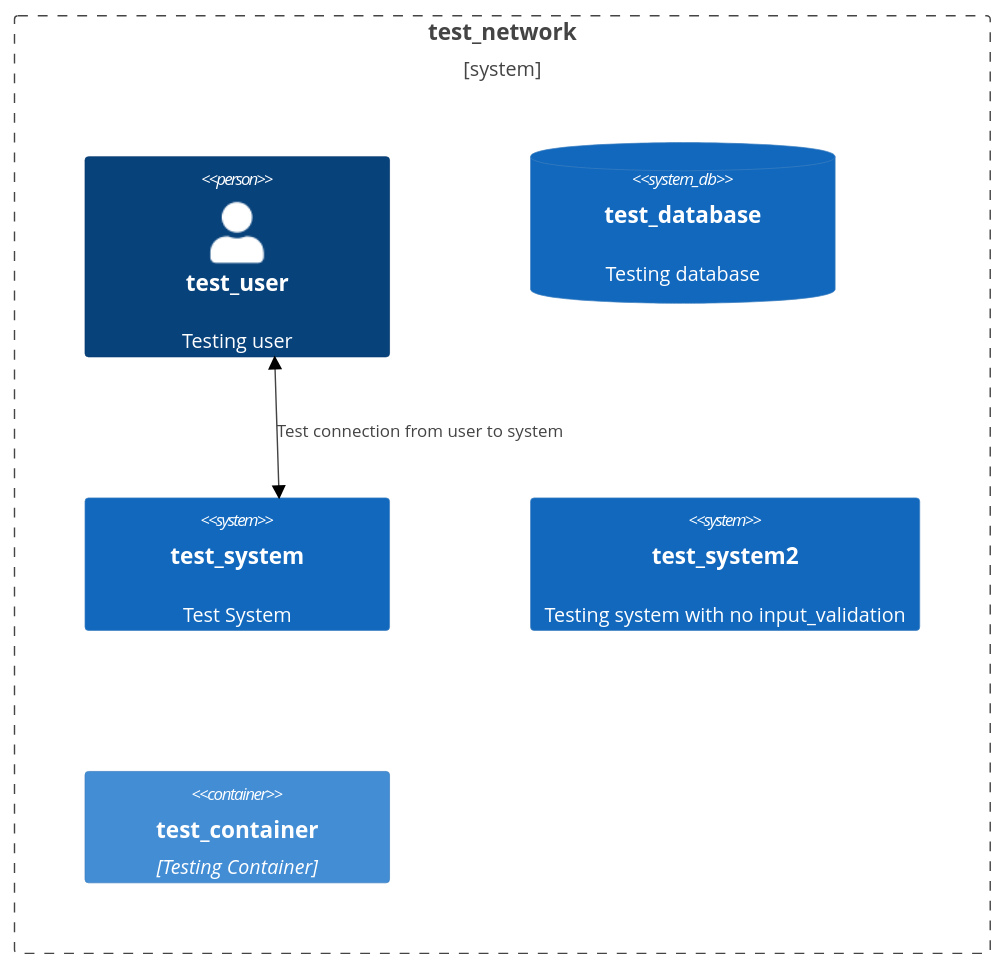
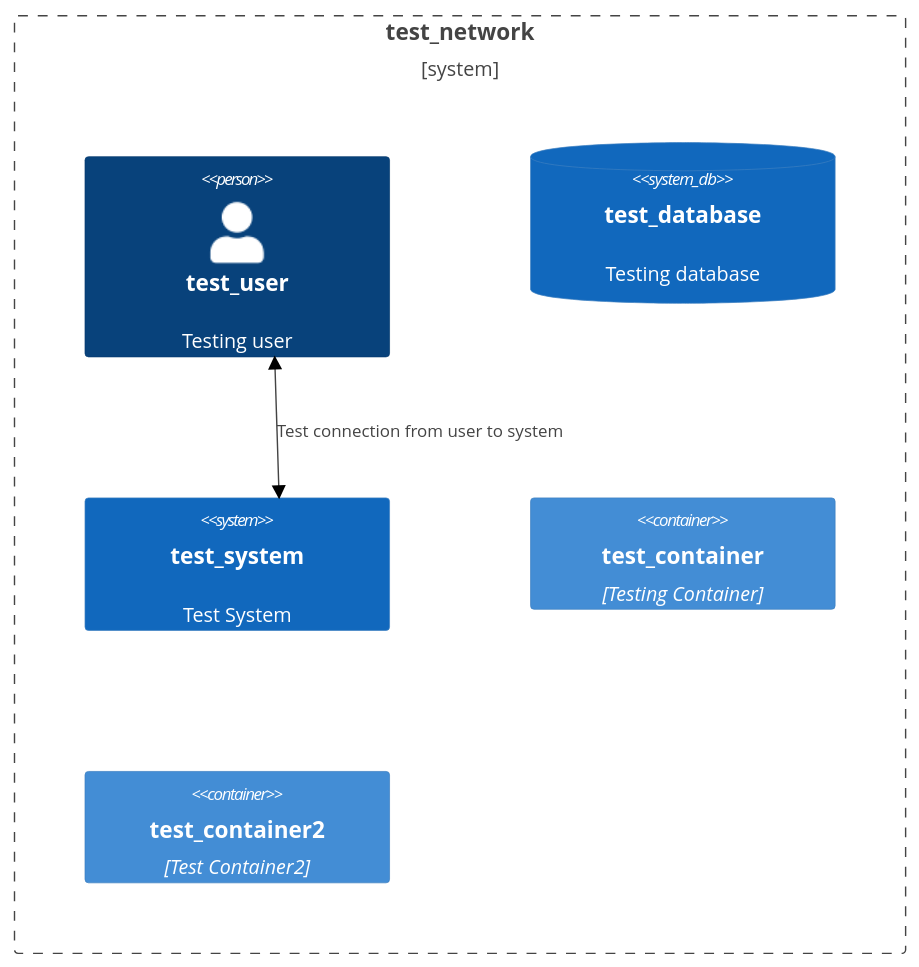
The diagram in tests/reports/report-2023-02-15.md (tjtharrison/pytmac), drawn with Mermaid (neutral theme) before and after one commit. The commit also changed other lines of this file and 6 other files, not shown here.

````diff
--- a/tests/reports/report-2023-02-15.md
+++ b/tests/reports/report-2023-02-15.md
@@ -5,13 +5,13 @@
 ```mermaid
 C4Context
 	Boundary(btest_network, "test_network") {
 		Person(test_user, "test_user", "Testing user")
 		SystemDb(test_database,"test_database ", "Testing database")
 		System(test_system,"test_system ", "Test System")
-		System(test_system2,"test_system2 ", "Testing system with no input_validation")
 		Container(test_container,"test_container ", "Testing Container")
+		Container(test_container2,"test_container2 ", "Test Container2")
 	}
 	BiRel(test_user,test_system, "Test connection from user to system")
 
 UpdateLayoutConfig($c4ShapeInRow="2", $c4BoundaryInRow="3")
 ```
````
